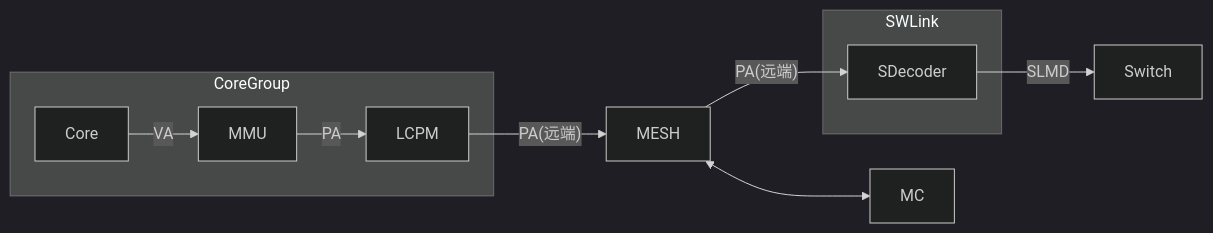
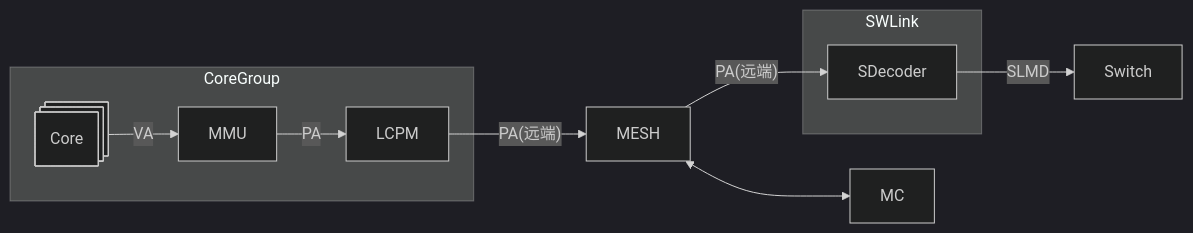
One commit to DuBirdFly/C1_SDecoder changed the first of 5 diagrams in doc/design_plan/SDecoder 设计方案 v1.0.md. Above: the diagram before and after it, drawn with Mermaid (dark theme).

Commit message:
docs(design): 系统位置图中的 Core 改用 procs 形状

````diff
--- a/doc/design_plan/SDecoder 设计方案 v1.0.md
+++ b/doc/design_plan/SDecoder 设计方案 v1.0.md
@@ -11,14 +11,14 @@
 ```mermaid
 flowchart LR
     subgraph CoreGroup
-        CORE["Core"] -->|"VA"| MMU["MMU"]
+        CORE@{ shape: procs, label: "Core" } -->|"VA"| MMU["MMU"]
         MMU -->|"PA"| LCPM["LCPM"]
     end
     subgraph SWLink
         SDEC["SDecoder"]
     end
     LCPM -->|"PA(远端)"| MESH["MESH"]
     MESH -->|"PA(远端)"| SDEC
     MESH <--> MC["MC"]
     SDEC -->|"SLMD"| SWITCH["Switch"]
 ```
````
